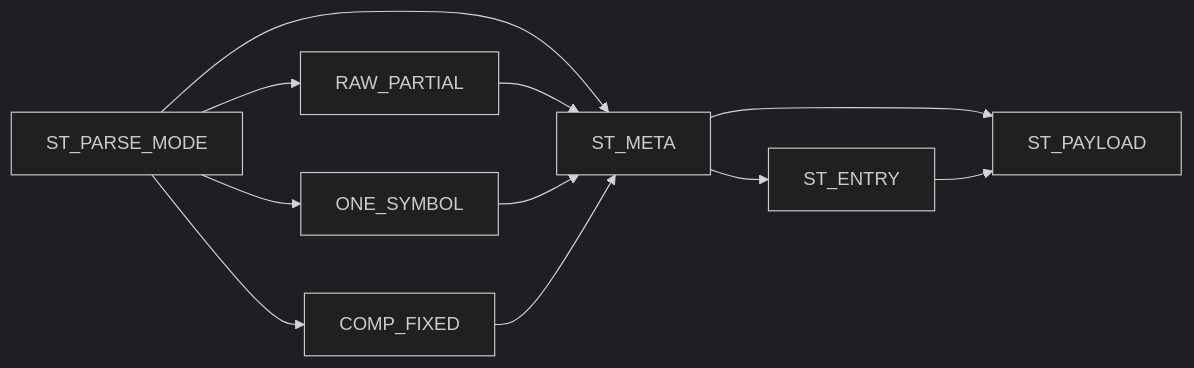
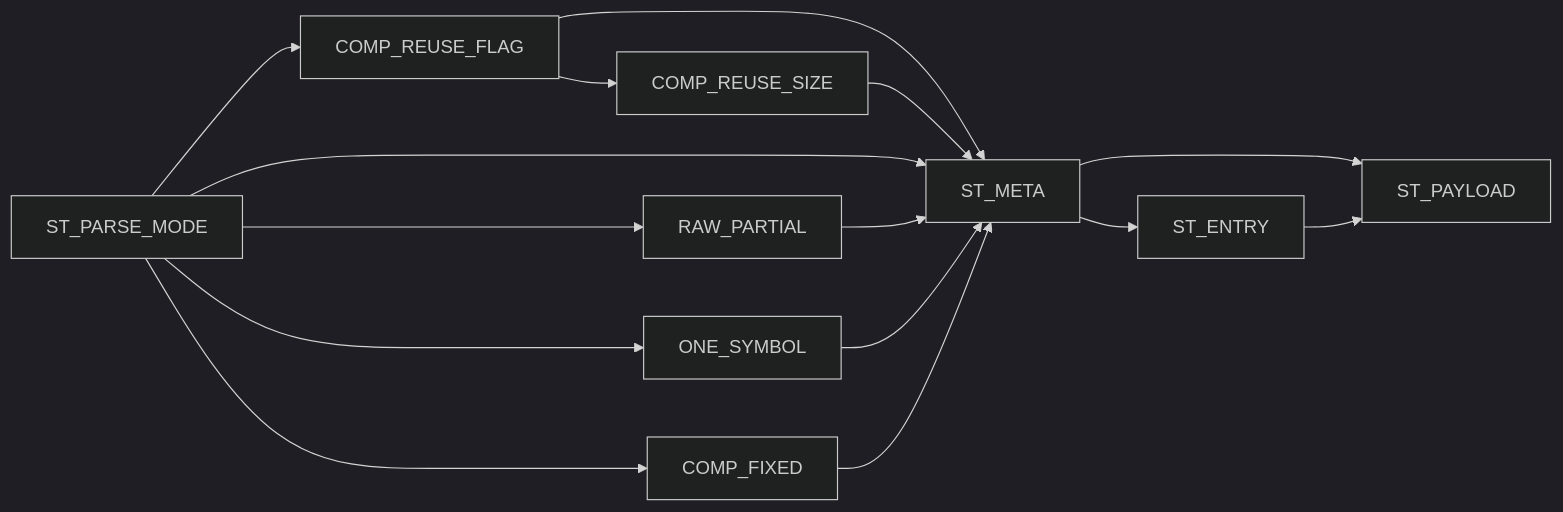
The diagram in docs/huffman_block_parser_spec.md (ngoquocan139/AES_huffman_all6), drawn with Mermaid (dark theme) before and after one commit. The commit also changed other lines of this file and 33 other files, not shown here.

````diff
--- a/docs/huffman_block_parser_spec.md
+++ b/docs/huffman_block_parser_spec.md
@@ -38,13 +39,17 @@
 ```mermaid
 flowchart LR
   M["ST_PARSE_MODE"] --> RP["RAW_PARTIAL"]
   M --> OS["ONE_SYMBOL"]
   M --> CF["COMP_FIXED"]
+  M --> CRF["COMP_REUSE_FLAG"]
+  CRF --> CRS["COMP_REUSE_SIZE"]
+  CRF --> META
+  CRS --> META
   M --> META["ST_META"]
   RP --> META
   OS --> META
   CF --> META
   META --> ENT["ST_ENTRY"]
   META --> PAY["ST_PAYLOAD"]
   ENT --> PAY
 ```
````
